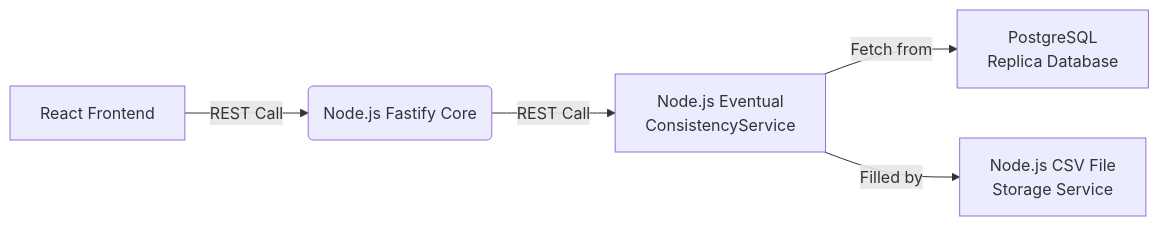
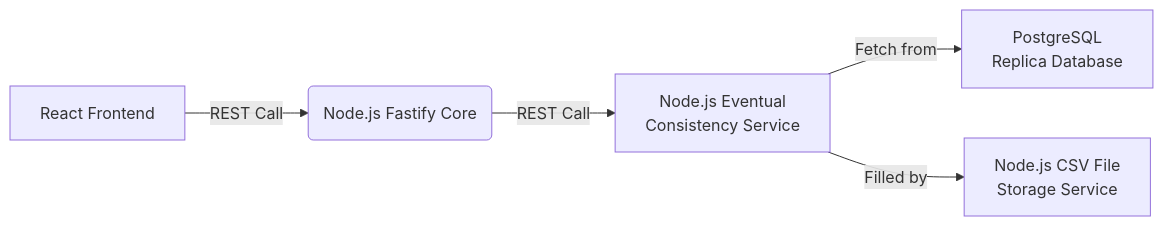
Before and after one commit to scarletquasar/csv-sales-loader: the diagram in README.md, drawn with Mermaid.

````diff
--- a/README.md
+++ b/README.md
@@ -5,13 +5,10 @@
 ```mermaid
 flowchart LR
 
 A[React Frontend] -->|REST Call| B(Node.js Fastify Core)
 
-B -->|REST Call| C[Node.js Eventual 
-ConsistencyService]
+B -->|REST Call| C[Node.js Eventual  <br> Consistency Service]
 
-C -->|Fetch from| D[PostgreSQL 
-Replica Database]
-C -->|Filled by| E[Node.js CSV File 
-Storage Service]
+C -->|Fetch from| D[PostgreSQL <br> Replica Database]
+C -->|Filled by| E[Node.js CSV File  <br> Storage Service]
 ```
````
